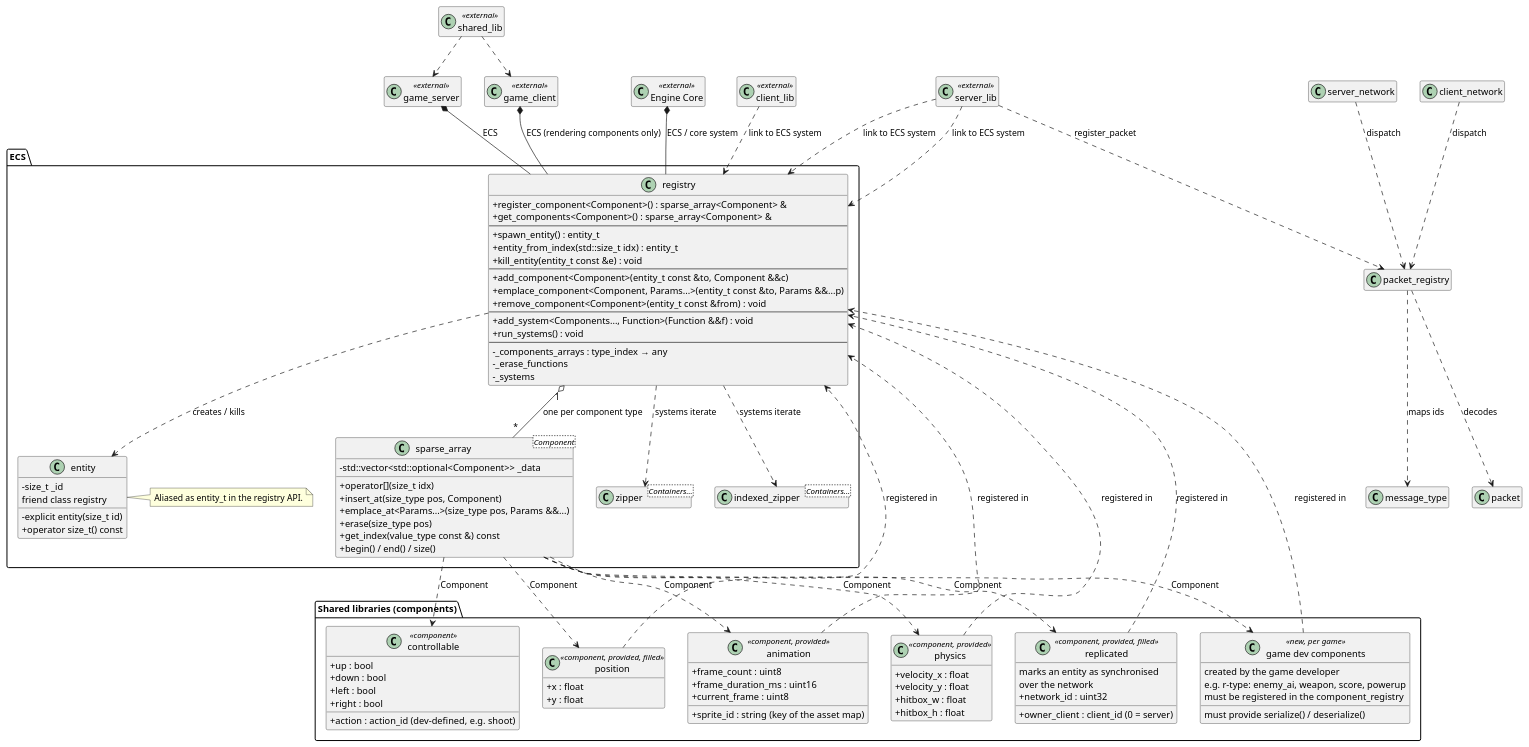
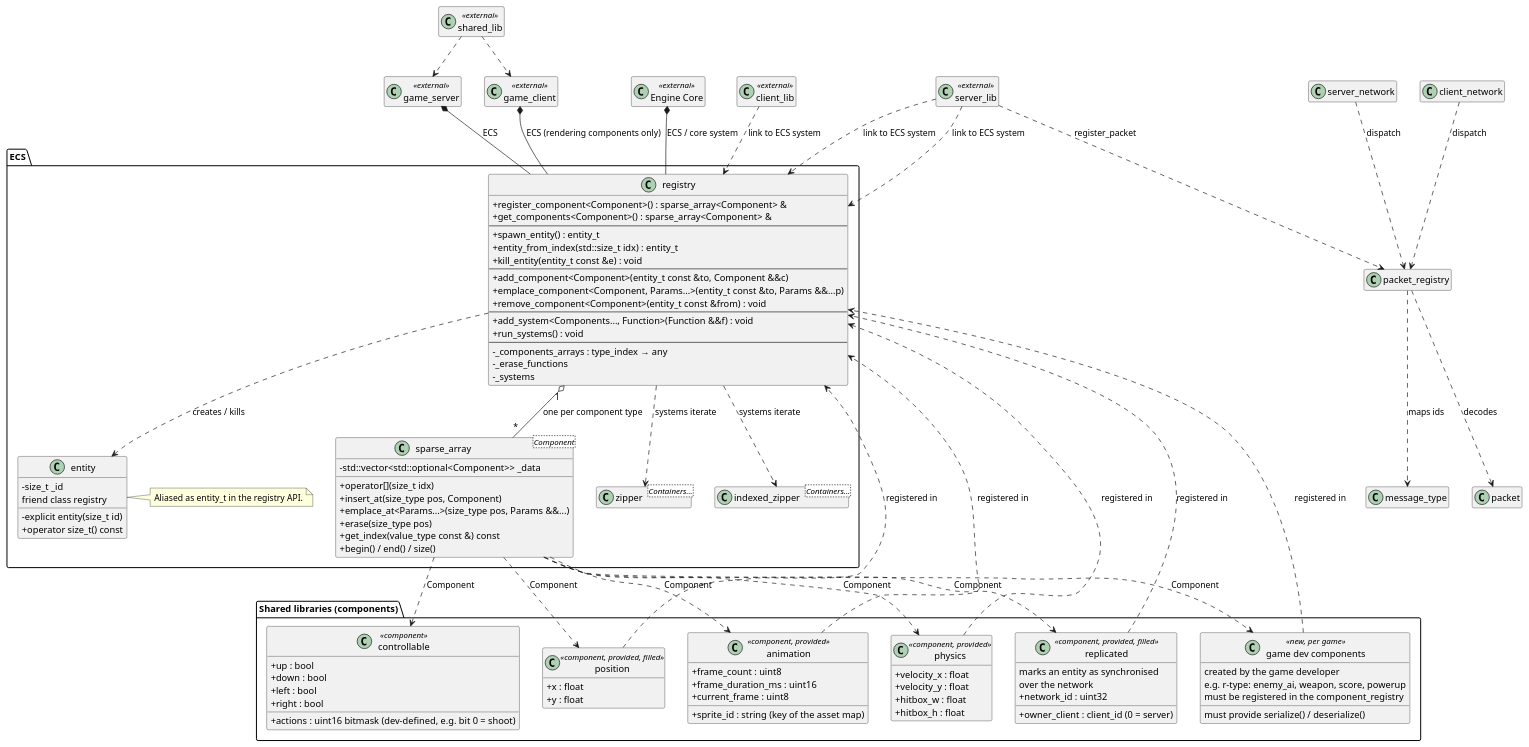
One commit to aludnier/R-Type_Mirror changed the diagram in docs/architecture/02_ecs_components.puml. Above: the diagram before and after it, drawn with PlantUML. The commit also changed 4 other files, not shown here.

First line of the commit message:
docs(network): add sequence diagram and align diagrams with the spec

```diff
--- a/docs/architecture/02_ecs_components.puml
+++ b/docs/architecture/02_ecs_components.puml
@@ -1,138 +1,138 @@
 @startuml ecs_components
 skinparam classAttributeIconSize 0
 skinparam shadowing false
 hide empty members
 
 ' External references
 class "Engine Core" as engine_core <<external>>
 class game_server <<external>>
 class game_client <<external>>
 class server_lib <<external>>
 class client_lib <<external>>
 class shared_lib <<external>>
 ' ECS
 ' ===============================================================
 package "ECS" {
     class entity {
         - size_t _id
         - explicit entity(size_t id)
         + operator size_t() const
         friend class registry
     }
 
     note right of entity
       Aliased as entity_t in the registry API.
     end note
 
     class "sparse_array<Component>" as sparse_array {
         - std::vector<std::optional<Component>> _data
         + operator[](size_t idx)
         + insert_at(size_type pos, Component)
         + emplace_at<Params...>(size_type pos, Params &&...)
         + erase(size_type pos)
         + get_index(value_type const &) const
         + begin() / end() / size()
     }
 
     class registry {
         + register_component<Component>() : sparse_array<Component> &
         + get_components<Component>() : sparse_array<Component> &
         --
         + spawn_entity() : entity_t
         + entity_from_index(std::size_t idx) : entity_t
         + kill_entity(entity_t const &e) : void
         --
         + add_component<Component>(entity_t const &to, Component &&c)
         + emplace_component<Component, Params...>(entity_t const &to, Params &&...p)
         + remove_component<Component>(entity_t const &from) : void
         --
         + add_system<Components..., Function>(Function &&f) : void
         + run_systems() : void
         --
         - _components_arrays : type_index → any
         - _erase_functions
         - _systems
     }
 
     class "zipper<Containers...>" as zipper
     class "indexed_zipper<Containers...>" as indexed_zipper
 }
 
 ' ===============================================================
 ' Shared libraries: components
 ' ===============================================================
 package "Shared libraries (components)" {
     class "game dev components" as dev_components <<new, per game>> {
         created by the game developer
         e.g. r-type: enemy_ai, weapon, score, powerup
         must provide serialize() / deserialize()
         must be registered in the component_registry
     }
 
     class controllable <<component>> {
         + up : bool
         + down : bool
         + left : bool
         + right : bool
-        + action : action_id (dev-defined, e.g. shoot)
+        + actions : uint16 bitmask (dev-defined, e.g. bit 0 = shoot)
     }
 
     class position <<component, provided, filled>> {
         + x : float
         + y : float
     }
 
     class physics <<component, provided>> {
         + velocity_x : float
         + velocity_y : float
         + hitbox_w : float
         + hitbox_h : float
     }
 
     class animation <<component, provided>> {
         + sprite_id : string (key of the asset map)
         + frame_count : uint8
         + frame_duration_ms : uint16
         + current_frame : uint8
     }
 
     class replicated <<component, provided, filled>> {
         marks an entity as synchronised
         over the network
         + network_id : uint32
         + owner_client : client_id (0 = server)
     }
 }
 
 ' ===============================================================
 ' Cross-view links
 engine_core *-- registry : ECS / core system
 server_lib ..> registry : link to ECS system
 client_lib ..> registry : link to ECS system
 shared_lib ..> game_server
 shared_lib ..> game_client
 registry "1" o-- "*" sparse_array : one per component type
 registry ..> entity : creates / kills
 registry ..> zipper : systems iterate
 registry ..> indexed_zipper : systems iterate
 sparse_array ..> controllable : Component
 sparse_array ..> position : Component
 sparse_array ..> physics : Component
 sparse_array ..> animation : Component
 sparse_array ..> replicated : Component
 sparse_array ..> dev_components : Component
 packet_registry ..> message_type : maps ids
 packet_registry ..> packet : decodes
 game_server *-- registry : ECS
 game_client *-- registry : ECS (rendering components only)
 server_network ..> packet_registry : dispatch
 client_network ..> packet_registry : dispatch
 server_lib ..> registry : link to ECS system
 server_lib ..> packet_registry : register_packet
 dev_components ..> registry : registered in
 physics ..> registry : registered in
 animation ..> registry : registered in
 position ..> registry : registered in
 replicated ..> registry : registered in
 
 @enduml
```
